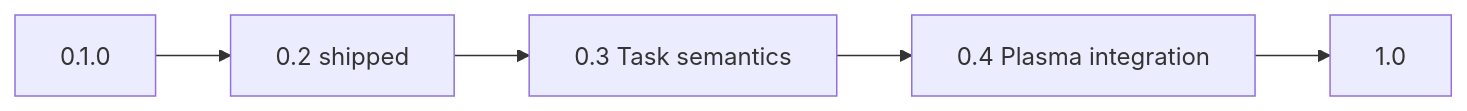
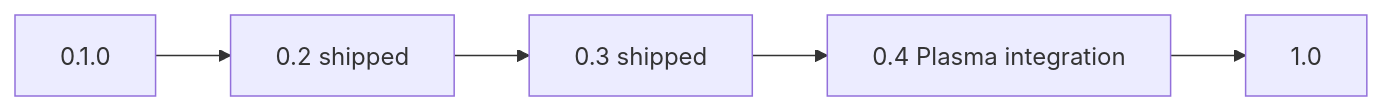
Before and after one commit to shrippen/Kurrent: the diagram in ROADMAP.md, drawn with Mermaid. The commit also changed other lines of this file and 44 other files, not shown here.

````diff
--- a/ROADMAP.md
+++ b/ROADMAP.md
@@ -7,9 +7,9 @@
 ```mermaid
 flowchart LR
   v010[0.1.0]
   v02[0.2 shipped]
-  v03[0.3 Task semantics]
+  v03[0.3 shipped]
   v04[0.4 Plasma integration]
   v10[1.0]
   v010 --> v02 --> v03 --> v04 --> v10
 ```
````
